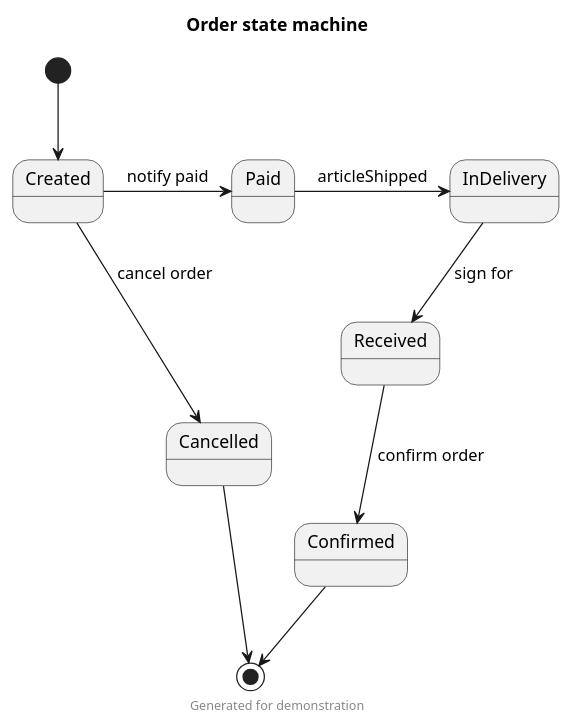
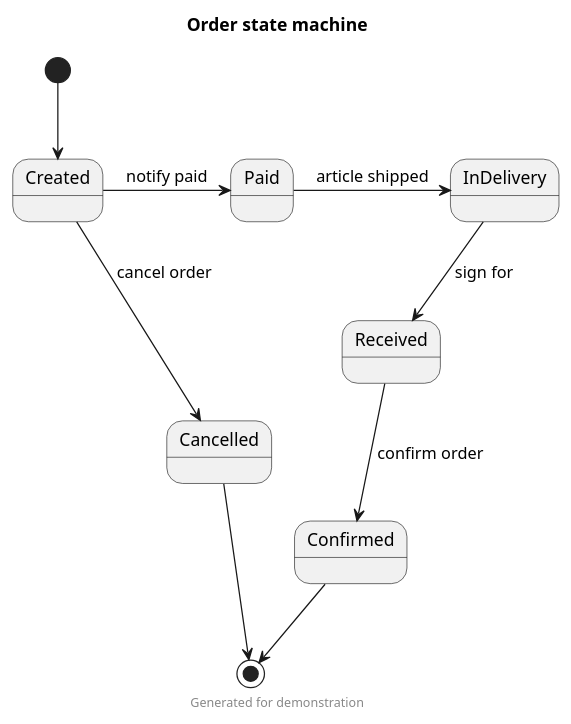
The diagram in order-service/src/main/java/com/dmall/order/domain/OrderStateMachine.puml (sisyphuscurse/Jigsaw-spring-cloud-sfsm), drawn with PlantUML before and after one commit. The commit also changed 7 other files, not shown here.

```diff
--- a/order-service/src/main/java/com/dmall/order/domain/OrderStateMachine.puml
+++ b/order-service/src/main/java/com/dmall/order/domain/OrderStateMachine.puml
@@ -1,15 +1,15 @@
 @startuml
 scale 450 width
 title Order state machine
 
 [*] --> Created
 Created -> Paid : notify paid
 Created --> Cancelled : cancel order
 Cancelled --> [*]
-Paid -> InDelivery : articleShipped
+Paid -> InDelivery : article shipped
 InDelivery --> Received : sign for
 Received --> Confirmed : confirm order
 Confirmed --> [*]
 
 center footer Generated for demonstration
 @enduml
```
